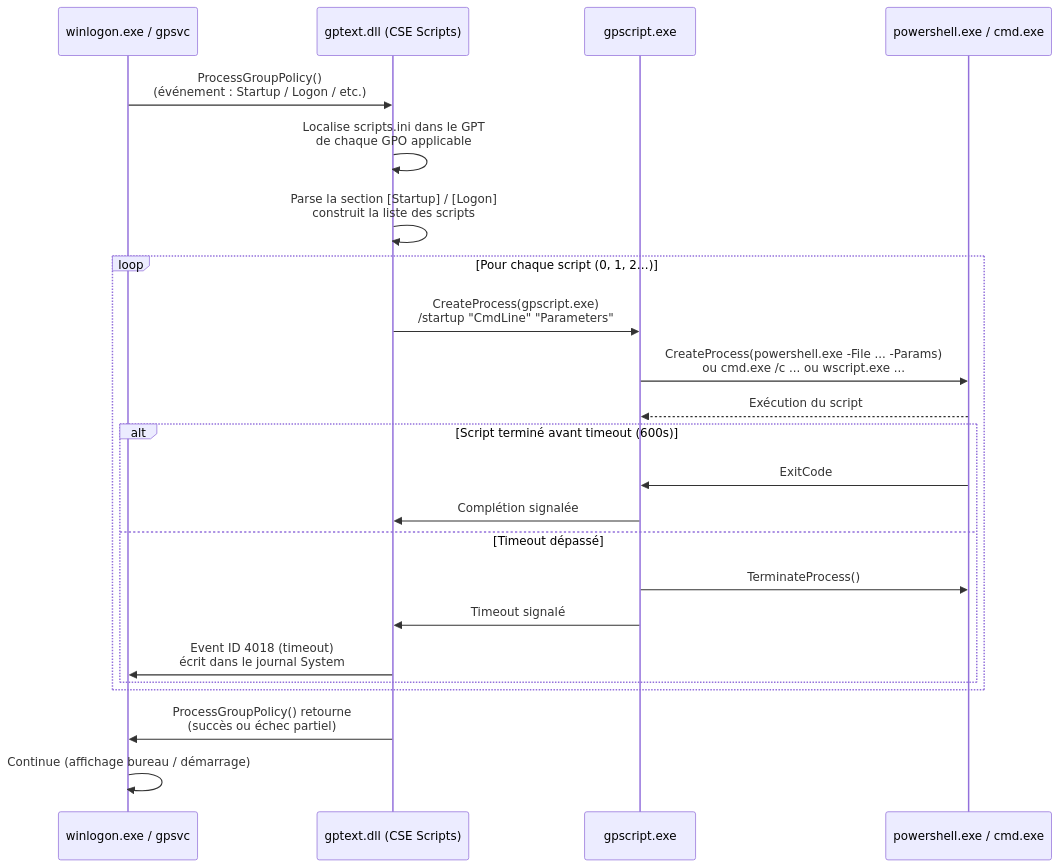
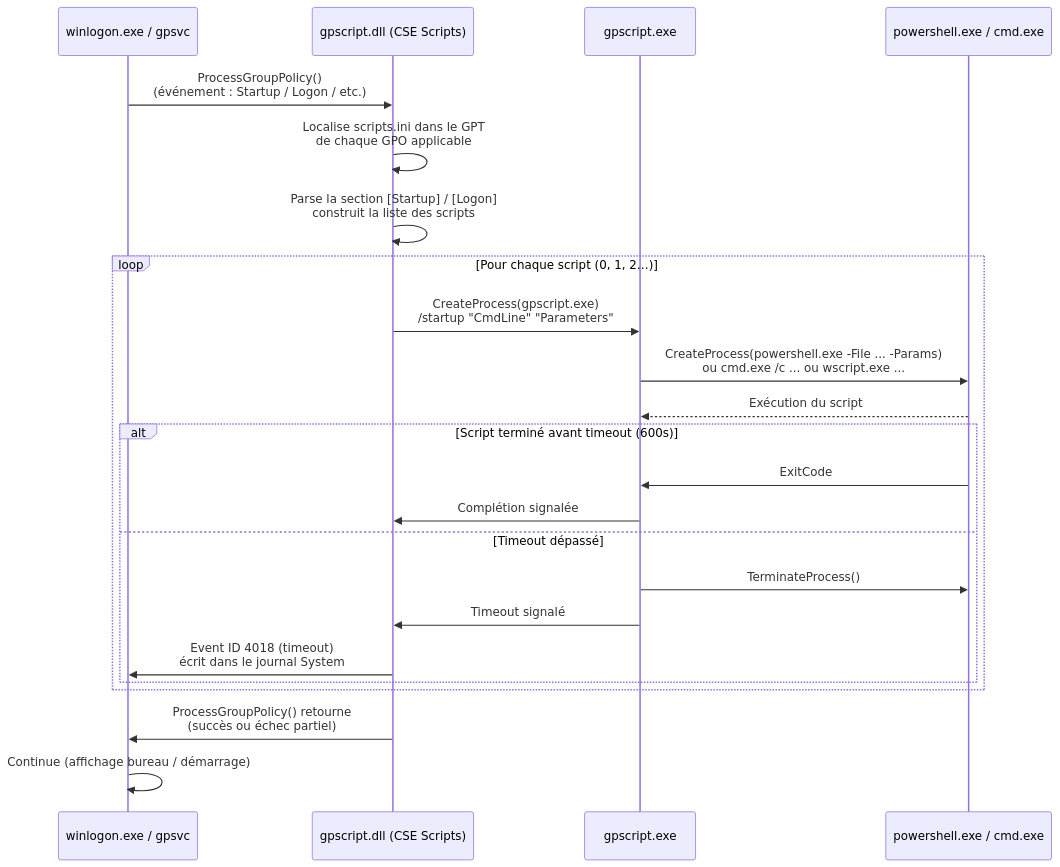
Before and after one commit to VBlackJack/Quid: the diagram in docs/books/bible-gpo/18-scripts.md, drawn with Mermaid. The commit also changed other lines of this file and 47 other files, not shown here.

````diff
--- a/docs/books/bible-gpo/18-scripts.md
+++ b/docs/books/bible-gpo/18-scripts.md
@@ -315,29 +315,29 @@
 ```mermaid
 sequenceDiagram
     participant W as winlogon.exe / gpsvc
-    participant G as gptext.dll (CSE Scripts)
+    participant G as gpscript.dll (CSE Scripts)
     participant S as gpscript.exe
     participant P as powershell.exe / cmd.exe
 
     W->>G: ProcessGroupPolicy()<br/>(événement : Startup / Logon / etc.)
     G->>G: Localise scripts.ini dans le GPT<br/>de chaque GPO applicable
     G->>G: Parse la section [Startup] / [Logon]<br/>construit la liste des scripts
 
     loop Pour chaque script (0, 1, 2…)
         G->>S: CreateProcess(gpscript.exe)<br/>/startup "CmdLine" "Parameters"
         S->>P: CreateProcess(powershell.exe -File ... -Params)<br/>ou cmd.exe /c ... ou wscript.exe ...
         P-->>S: Exécution du script
 
         alt Script terminé avant timeout (600s)
             P->>S: ExitCode
             S->>G: Complétion signalée
         else Timeout dépassé
             S->>P: TerminateProcess()
             S->>G: Timeout signalé
             G->>W: Event ID 4018 (timeout)<br/>écrit dans le journal System
         end
     end
 
     G->>W: ProcessGroupPolicy() retourne<br/>(succès ou échec partiel)
     W->>W: Continue (affichage bureau / démarrage)
 ```
````
